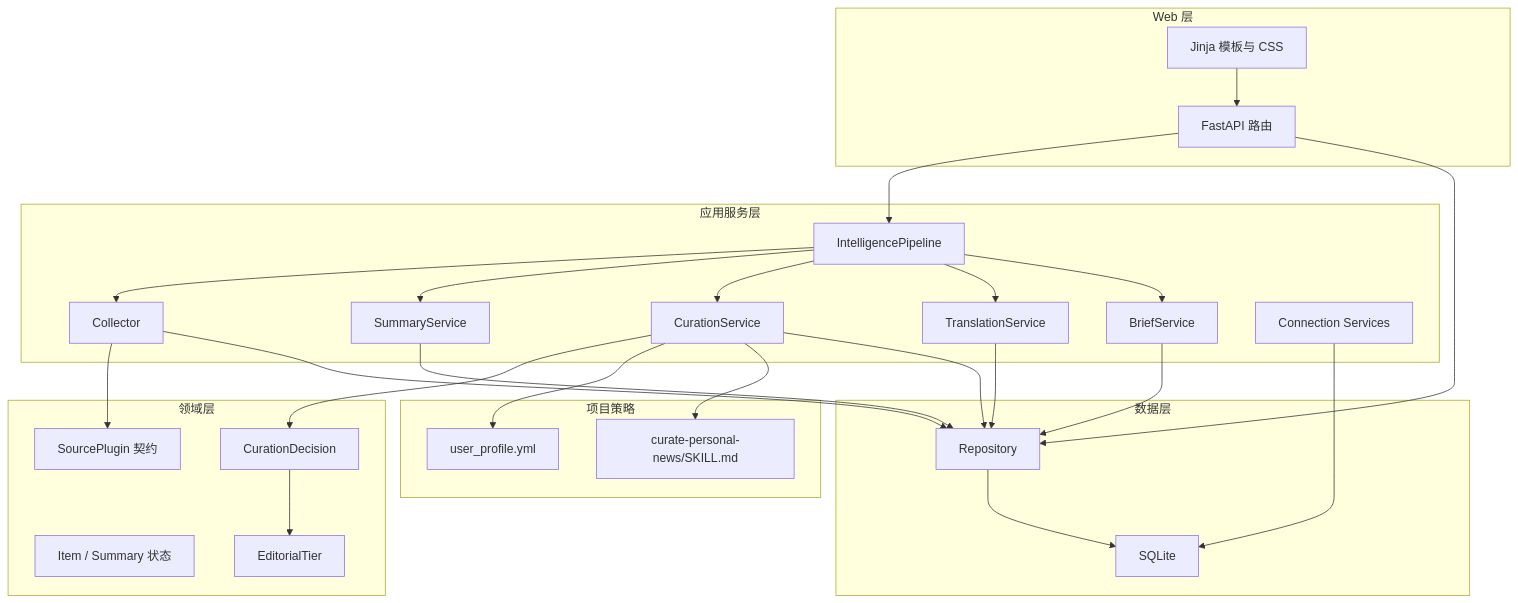
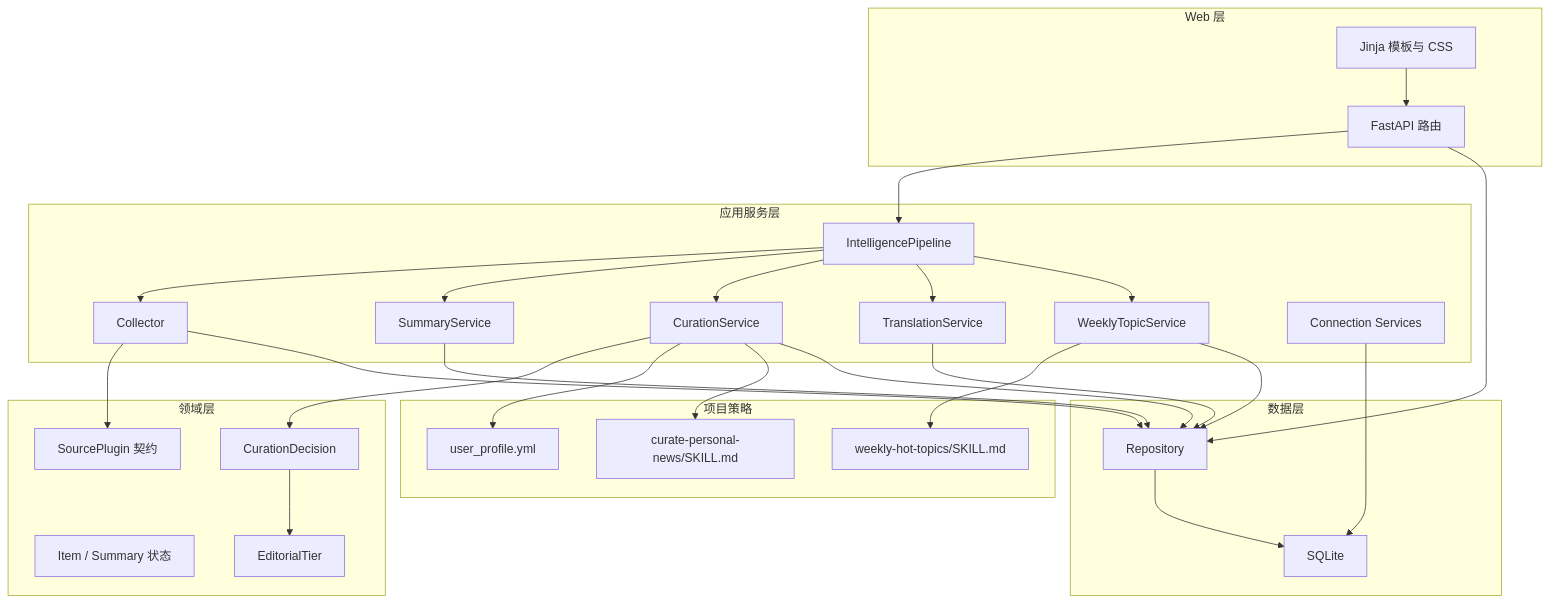
Before and after one commit to angelOnly/NewsRssHub: the second of 6 diagrams in docs/PRODUCT_REQUIREMENTS_AND_ARCHITECTURE.md, drawn with Mermaid. The commit also changed other lines of this file and 21 other files, not shown here.

Commit message:
feat: add weekly topics

````diff
--- a/docs/PRODUCT_REQUIREMENTS_AND_ARCHITECTURE.md
+++ b/docs/PRODUCT_REQUIREMENTS_AND_ARCHITECTURE.md
@@ -579,55 +580,57 @@
 ```mermaid
 flowchart TB
     subgraph UI["Web 层"]
         WEB["FastAPI 路由"]
         TPL["Jinja 模板与 CSS"]
     end
 
     subgraph APP["应用服务层"]
         PIPE["IntelligencePipeline"]
         COL["Collector"]
         SUM["SummaryService"]
         CUR["CurationService"]
         TRANS["TranslationService"]
-        BRIEF["BriefService"]
+        TOPIC["WeeklyTopicService"]
         CONN["Connection Services"]
     end
 
     subgraph DOMAIN["领域层"]
         SOURCE["SourcePlugin 契约"]
         ITEM["Item / Summary 状态"]
         DECISION["CurationDecision"]
         TIER["EditorialTier"]
     end
 
     subgraph POLICY["项目策略"]
         PROFILE["user_profile.yml"]
         SKILL["curate-personal-news/SKILL.md"]
+        TOPIC_SKILL["weekly-hot-topics/SKILL.md"]
     end
 
     subgraph DATA["数据层"]
         REPO["Repository"]
         DB["SQLite"]
     end
 
     WEB --> PIPE
     PIPE --> COL
     PIPE --> SUM
     PIPE --> CUR
     PIPE --> TRANS
-    PIPE --> BRIEF
+    PIPE --> TOPIC
     COL --> SOURCE
     CUR --> DECISION
     DECISION --> TIER
     CUR --> PROFILE
     CUR --> SKILL
+    TOPIC --> TOPIC_SKILL
     COL --> REPO
     SUM --> REPO
     CUR --> REPO
     TRANS --> REPO
-    BRIEF --> REPO
+    TOPIC --> REPO
     WEB --> REPO
     REPO --> DB
     CONN --> DB
     TPL --> WEB
 ```
````
